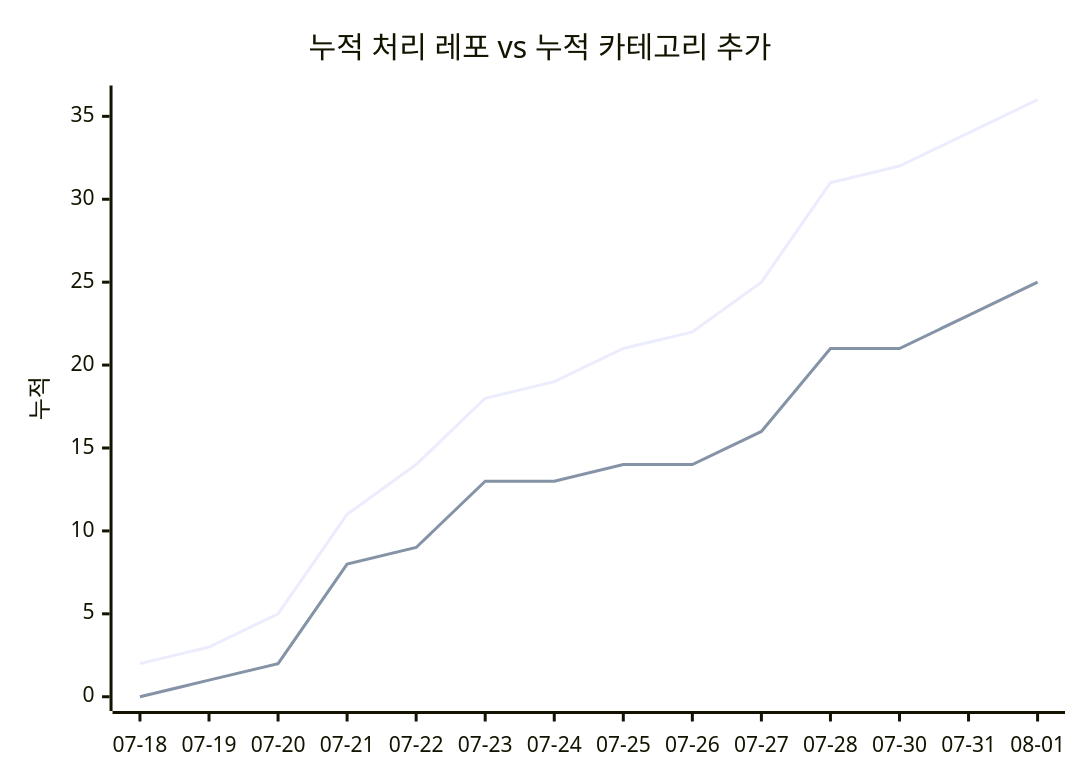
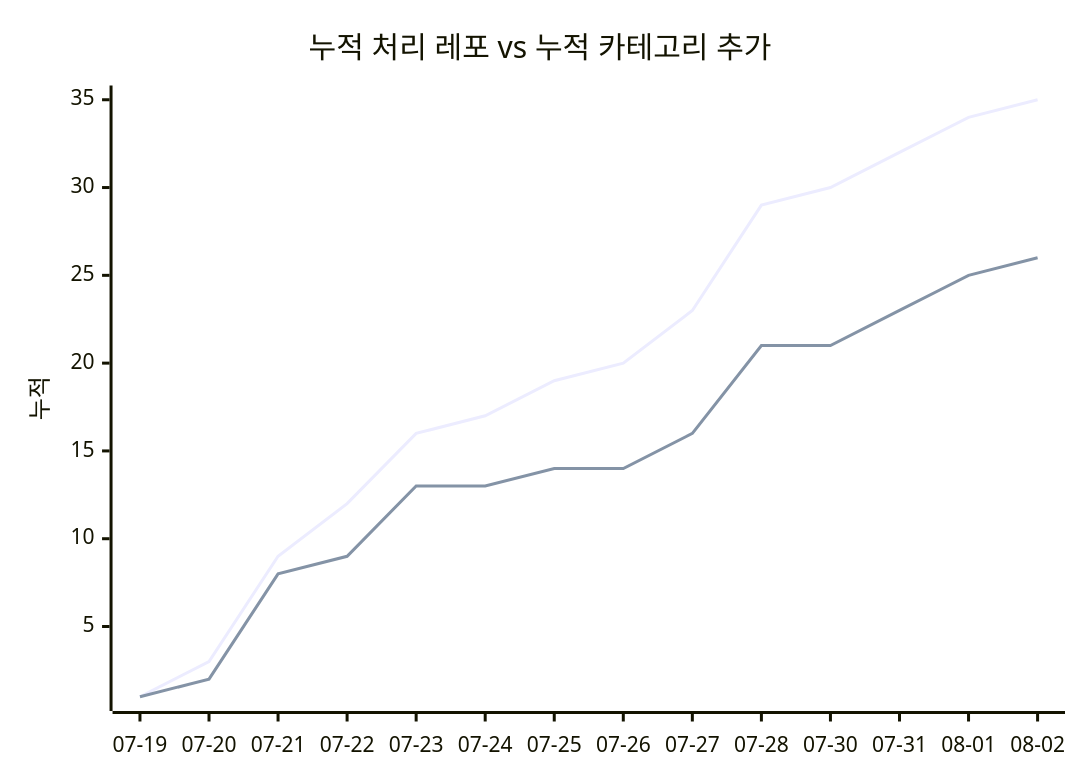
The second of 2 diagrams in docs/trends.md (J-nowcow/awesome-korean-agent-skills), drawn with Mermaid before and after one commit. The commit also changed other lines of this file and 4 other files, not shown here.

````diff
--- a/docs/trends.md
+++ b/docs/trends.md
@@ -68,8 +68,8 @@
 ```mermaid
 xychart-beta
     title "누적 처리 레포 vs 누적 카테고리 추가"
-    x-axis ["07-18","07-19","07-20","07-21","07-22","07-23","07-24","07-25","07-26","07-27","07-28","07-30","07-31","08-01"]
+    x-axis ["07-19","07-20","07-21","07-22","07-23","07-24","07-25","07-26","07-27","07-28","07-30","07-31","08-01","08-02"]
     y-axis "누적"
-    line [2,3,5,11,14,18,19,21,22,25,31,32,34,36]
-    line [0,1,2,8,9,13,13,14,14,16,21,21,23,25]
+    line [1,3,9,12,16,17,19,20,23,29,30,32,34,35]
+    line [1,2,8,9,13,13,14,14,16,21,21,23,25,26]
 ```
````
